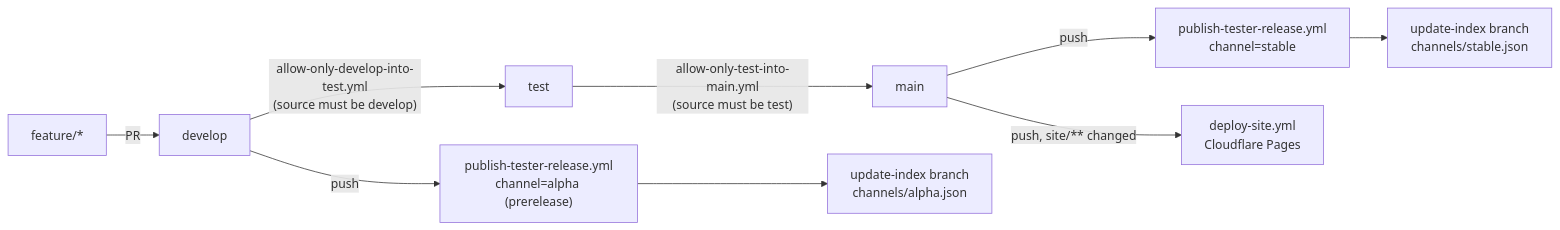
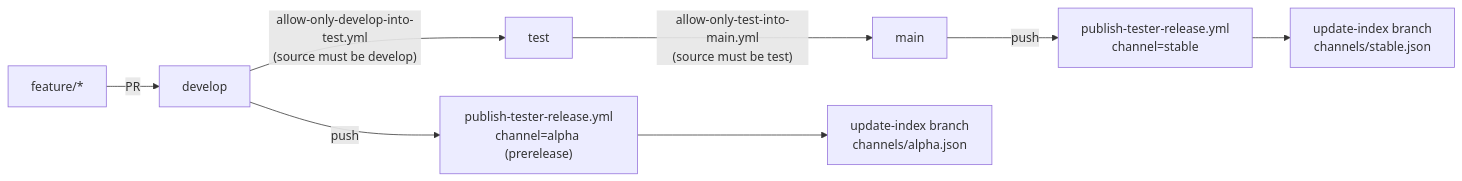
One commit to electricm0nk/codex changed the first of 3 diagrams in docs/architecture/release-pipeline.md. Above: the diagram before and after it, drawn with Mermaid. The commit also changed other lines of this file and 93 other files, not shown here.

First line of the commit message:
chore(site): move the public site to electricm0nk/codex-web; drop this repo's deploy lane

````diff
--- a/docs/architecture/release-pipeline.md
+++ b/docs/architecture/release-pipeline.md
@@ -26,11 +25,10 @@
 ```mermaid
 flowchart LR
     feature["feature/*"] -->|PR| develop
     develop -->|"allow-only-develop-into-test.yml\n(source must be develop)"| test
     test -->|"allow-only-test-into-main.yml\n(source must be test)"| main
     develop -->|push| PublishAlpha["publish-tester-release.yml\nchannel=alpha (prerelease)"]
     main -->|push| PublishStable["publish-tester-release.yml\nchannel=stable"]
-    main -->|"push, site/** changed"| DeploySite["deploy-site.yml\nCloudflare Pages"]
     PublishAlpha --> UpdateIndex["update-index branch\nchannels/alpha.json"]
     PublishStable --> UpdateIndex2["update-index branch\nchannels/stable.json"]
 ```
````
